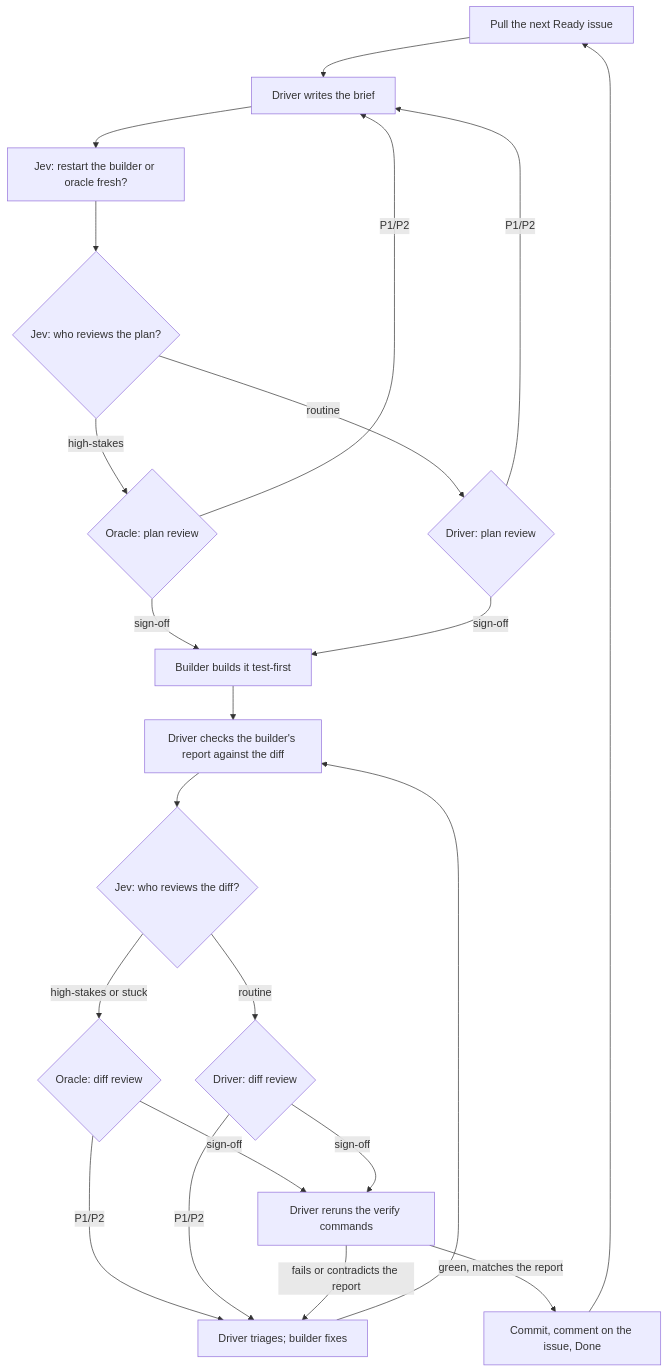
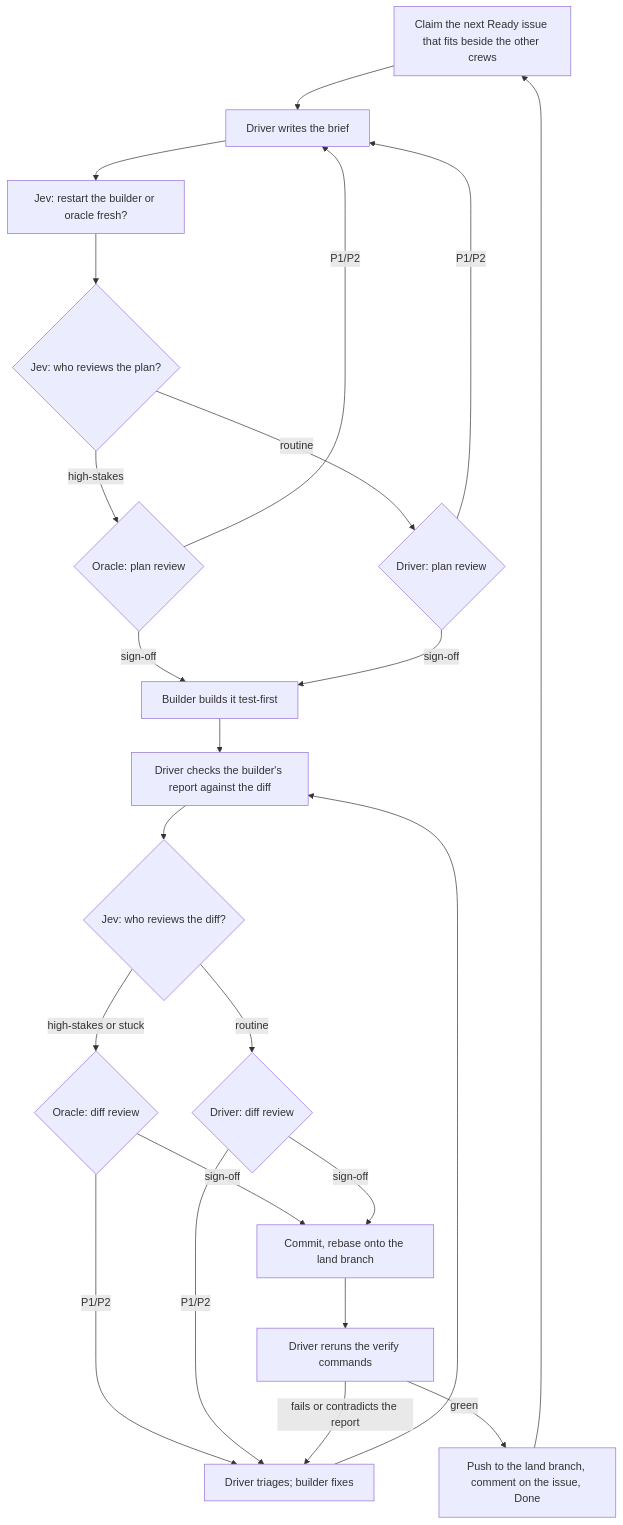
One commit to robertguss/ai-dev-workflow changed the diagram in README.md. Above: the diagram before and after it, drawn with Mermaid. The commit also changed other lines of this file and 16 other files, not shown here.

````diff
--- a/README.md
+++ b/README.md
@@ -77,24 +106,25 @@
 ```mermaid
 flowchart TD
-    A[Pull the next Ready issue] --> B[Driver writes the brief]
+    A[Claim the next Ready issue that fits beside the other crews] --> B[Driver writes the brief]
     B --> R[Jev: restart the builder or oracle fresh?]
     R --> J1{Jev: who reviews the plan?}
     J1 -- high-stakes --> C{Oracle: plan review}
     J1 -- routine --> C2{Driver: plan review}
     C -- P1/P2 --> B
     C2 -- P1/P2 --> B
     C -- sign-off --> D[Builder builds it test-first]
     C2 -- sign-off --> D
     D --> E[Driver checks the builder's report against the diff]
     E --> J2{Jev: who reviews the diff?}
     J2 -- high-stakes or stuck --> F{Oracle: diff review}
     J2 -- routine --> F2{Driver: diff review}
     F -- P1/P2 --> G[Driver triages; builder fixes]
     F2 -- P1/P2 --> G
     G --> E
-    F -- sign-off --> V[Driver reruns the verify commands]
-    F2 -- sign-off --> V
+    F -- sign-off --> L[Commit, rebase onto the land branch]
+    F2 -- sign-off --> L
+    L --> V[Driver reruns the verify commands]
     V -- fails or contradicts the report --> G
-    V -- green, matches the report --> H[Commit, comment on the issue, Done]
+    V -- green --> H[Push to the land branch, comment on the issue, Done]
     H --> A
 ```
````
